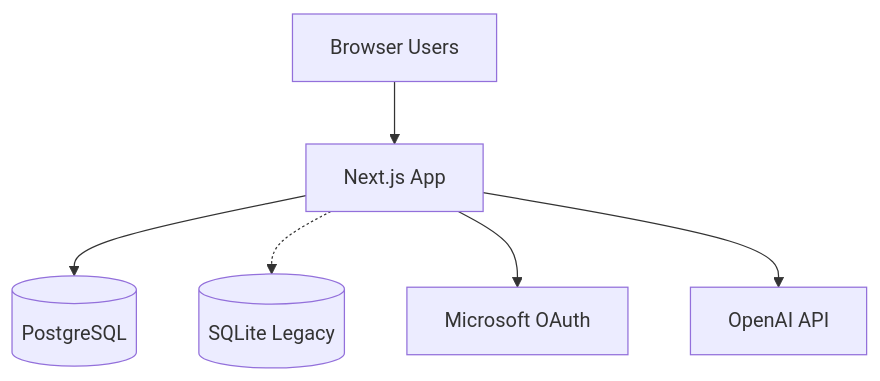
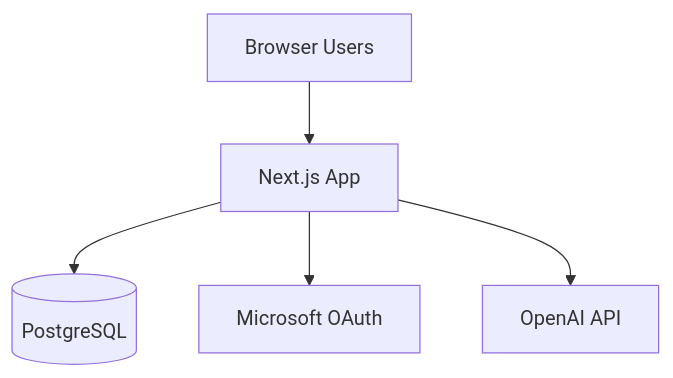
The first of 11 diagrams in ARCHITECTURE_OVERVIEW.md (indev7/ai90days), drawn with Mermaid before and after one commit. The commit also changed other lines of this file and 39 other files, not shown here.

Commit message:
remove SQLLight, Add Compleinece docuemnts, add AIME chart rendering

````diff
--- a/ARCHITECTURE_OVERVIEW.md
+++ b/ARCHITECTURE_OVERVIEW.md
@@ -12,8 +12,7 @@
 ```mermaid
 graph TB
   User[Browser Users] --> NextApp[Next.js App]
   NextApp --> DB[(PostgreSQL)]
-  NextApp -.-> SQLite[(SQLite Legacy)]
   NextApp --> MSAuth[Microsoft OAuth]
   NextApp --> OpenAI[OpenAI API]
 ```
````
